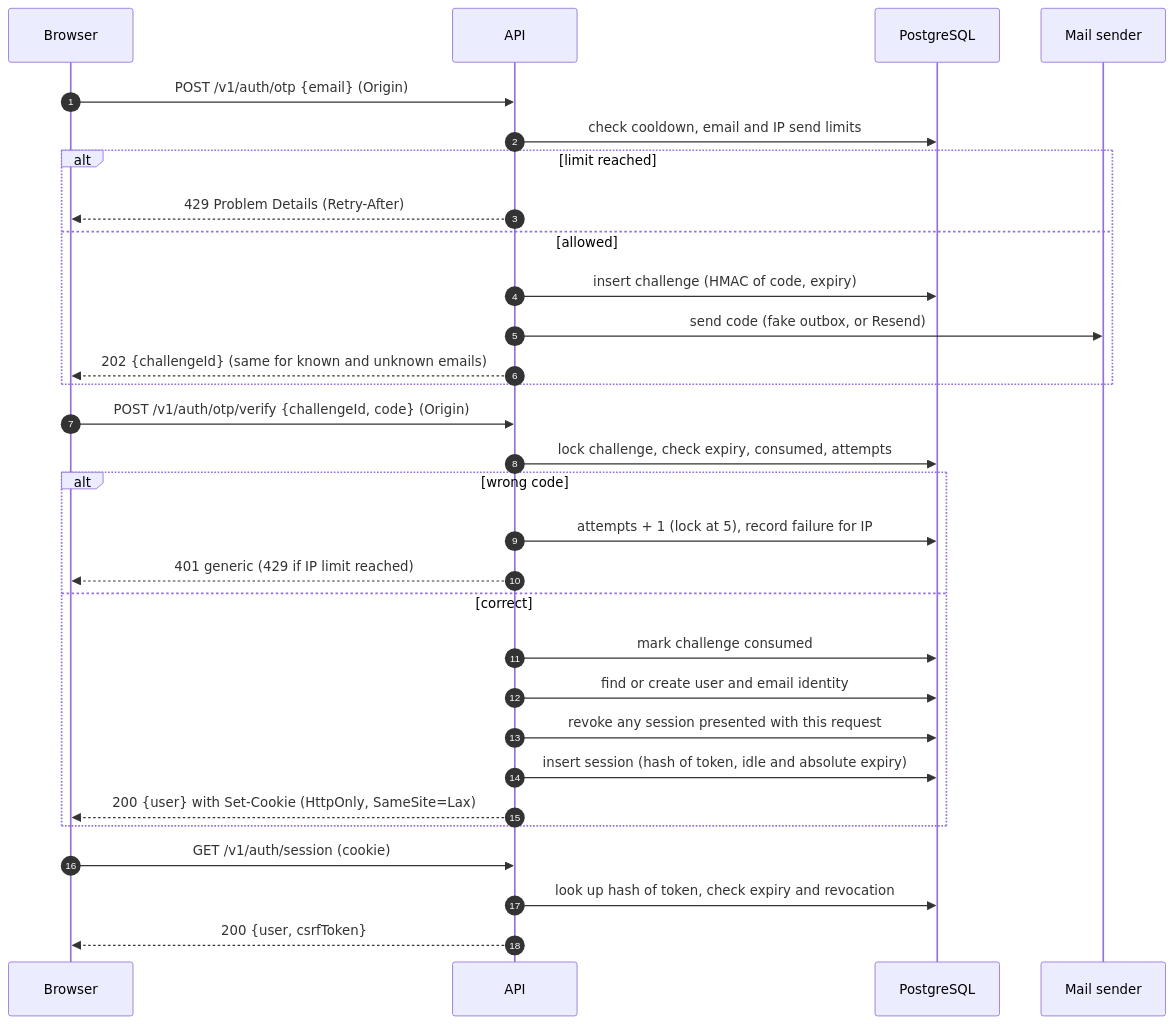
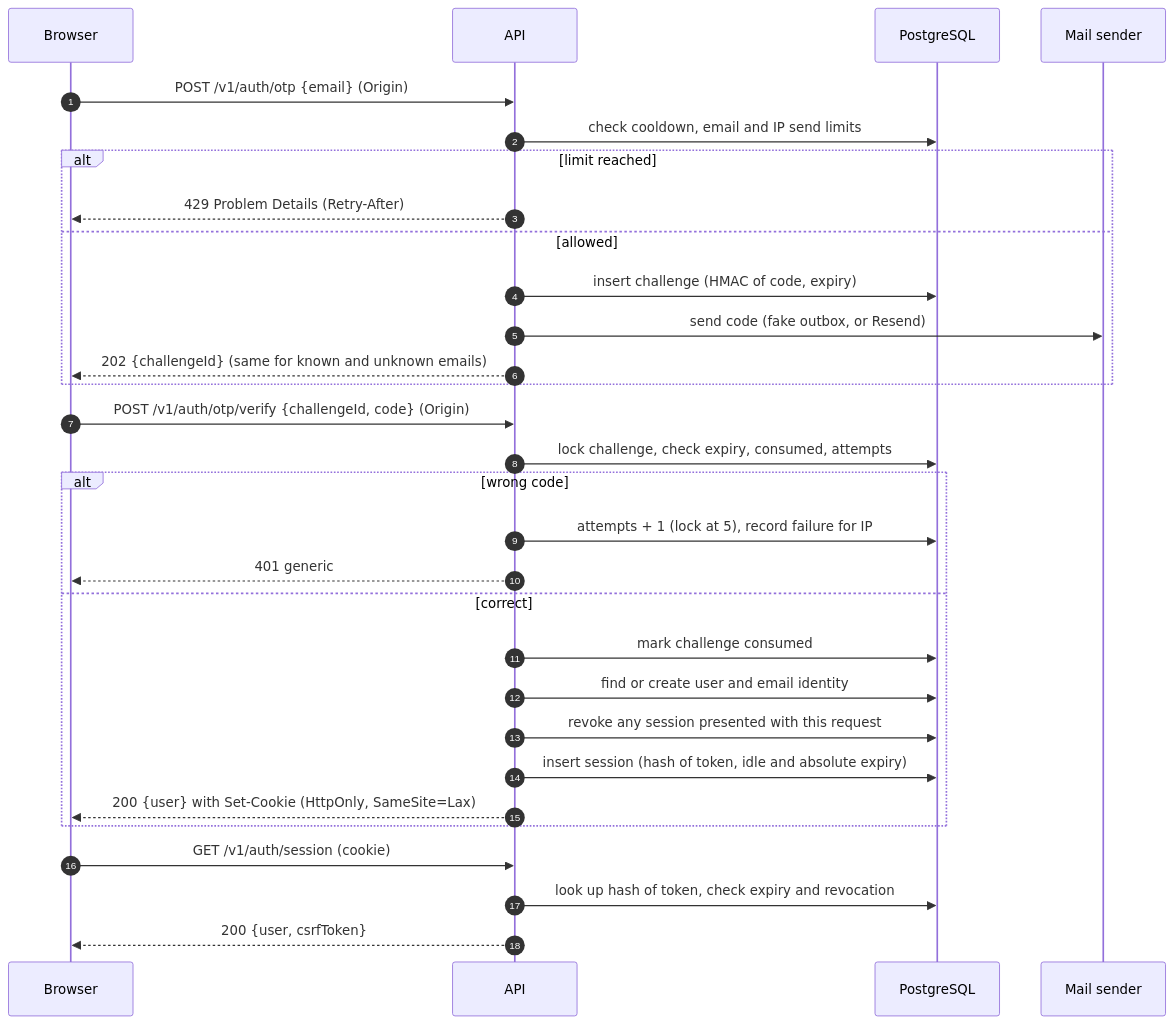
The first of 2 diagrams in docs/architecture/AUTH_AND_PROFILES.md (Cholan-kinnera/holoraa), drawn with Mermaid before and after one commit. The commit also changed other lines of this file and 4 other files, not shown here.

Commit message:
docs(auth): accept ADR 0009 and correct the design, diagrams, and gates

````diff
--- a/docs/architecture/AUTH_AND_PROFILES.md
+++ b/docs/architecture/AUTH_AND_PROFILES.md
@@ -36,35 +36,35 @@
 ```mermaid
 sequenceDiagram
     autonumber
     participant B as Browser
     participant A as API
     participant DB as PostgreSQL
     participant M as Mail sender
 
     B->>A: POST /v1/auth/otp {email} (Origin)
     A->>DB: check cooldown, email and IP send limits
     alt limit reached
         A-->>B: 429 Problem Details (Retry-After)
     else allowed
         A->>DB: insert challenge (HMAC of code, expiry)
         A->>M: send code (fake outbox, or Resend)
         A-->>B: 202 {challengeId} (same for known and unknown emails)
     end
 
     B->>A: POST /v1/auth/otp/verify {challengeId, code} (Origin)
     A->>DB: lock challenge, check expiry, consumed, attempts
     alt wrong code
         A->>DB: attempts + 1 (lock at 5), record failure for IP
-        A-->>B: 401 generic (429 if IP limit reached)
+        A-->>B: 401 generic
     else correct
         A->>DB: mark challenge consumed
         A->>DB: find or create user and email identity
         A->>DB: revoke any session presented with this request
         A->>DB: insert session (hash of token, idle and absolute expiry)
         A-->>B: 200 {user} with Set-Cookie (HttpOnly, SameSite=Lax)
     end
 
     B->>A: GET /v1/auth/session (cookie)
     A->>DB: look up hash of token, check expiry and revocation
     A-->>B: 200 {user, csrfToken}
 ```
````
